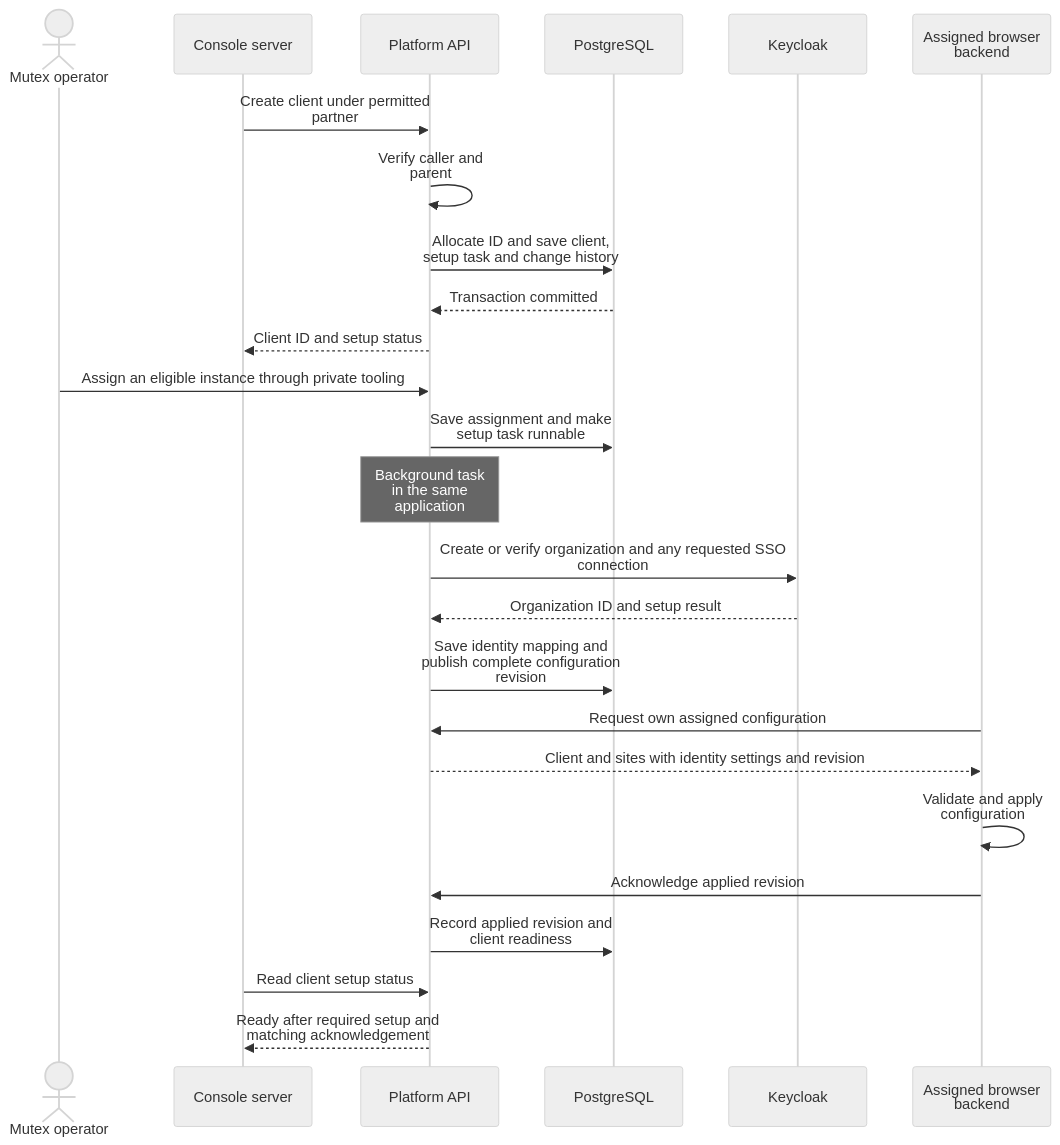
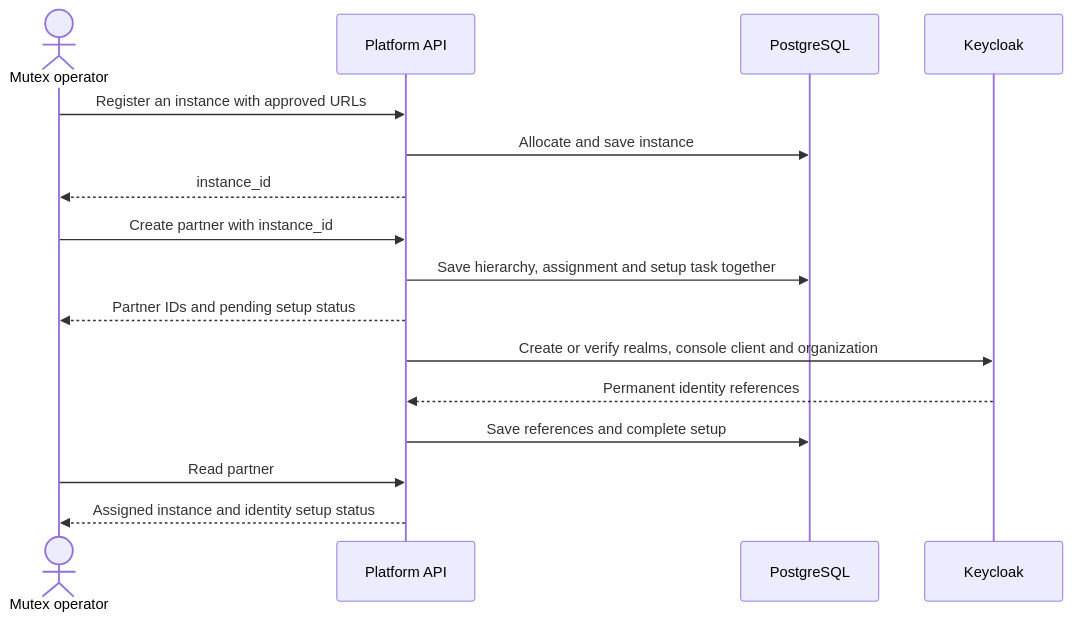
Before and after one commit to mutex-ai/mutexai-browser-platform: the fourth of 4 diagrams in docs/adrs/adr-001-platform-api.md, drawn with Mermaid. The commit also changed other lines of this file and 41 other files, not shown here.

Commit message:
Add instance-bound partner bootstrap and harden Keycloak setup

````diff
--- a/docs/adrs/adr-001-platform-api.md
+++ b/docs/adrs/adr-001-platform-api.md
@@ -227,28 +220,18 @@
 ```mermaid
-%%{init: {"theme": "neutral", "sequence": {"wrap": true, "messageMargin": 35}}}%%
 sequenceDiagram
     actor Operator as Mutex operator
-    participant Console as Console server
     participant Platform as Platform API
     participant DB as PostgreSQL
     participant KC as Keycloak
-    participant Instance as Assigned browser backend
-    Console->>Platform: Create client under permitted partner
-    Platform->>Platform: Verify caller and parent
-    Platform->>DB: Allocate ID and save client, setup task and change history
-    DB-->>Platform: Transaction committed
-    Platform-->>Console: Client ID and setup status
-    Operator->>Platform: Assign an eligible instance through private tooling
-    Platform->>DB: Save assignment and make setup task runnable
-    Note over Platform: Background task in the same application
-    Platform->>KC: Create or verify organization and any requested SSO connection
-    KC-->>Platform: Organization ID and setup result
-    Platform->>DB: Save identity mapping and publish complete configuration revision
-    Instance->>Platform: Request own assigned configuration
-    Platform-->>Instance: Client and sites with identity settings and revision
-    Instance->>Instance: Validate and apply configuration
-    Instance->>Platform: Acknowledge applied revision
-    Platform->>DB: Record applied revision and client readiness
-    Console->>Platform: Read client setup status
-    Platform-->>Console: Ready after required setup and matching acknowledgement
+    Operator->>Platform: Register an instance with approved URLs
+    Platform->>DB: Allocate and save instance
+    Platform-->>Operator: instance_id
+    Operator->>Platform: Create partner with instance_id
+    Platform->>DB: Save hierarchy, assignment and setup task together
+    Platform-->>Operator: Partner IDs and pending setup status
+    Platform->>KC: Create or verify realms, console client and organization
+    KC-->>Platform: Permanent identity references
+    Platform->>DB: Save references and complete setup
+    Operator->>Platform: Read partner
+    Platform-->>Operator: Assigned instance and identity setup status
 ```
````
